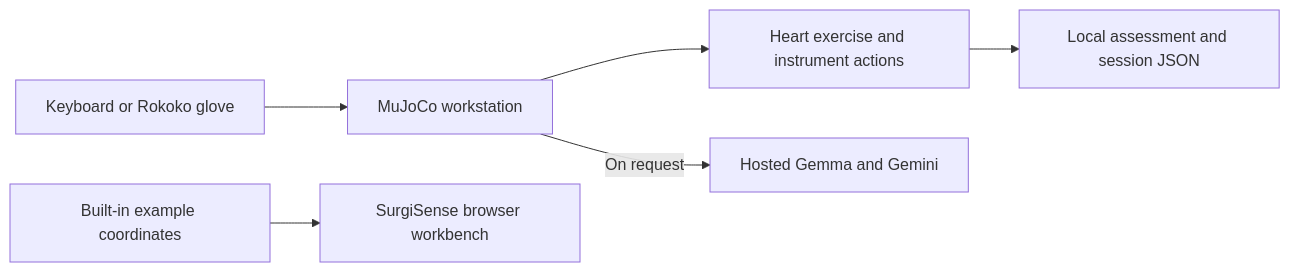
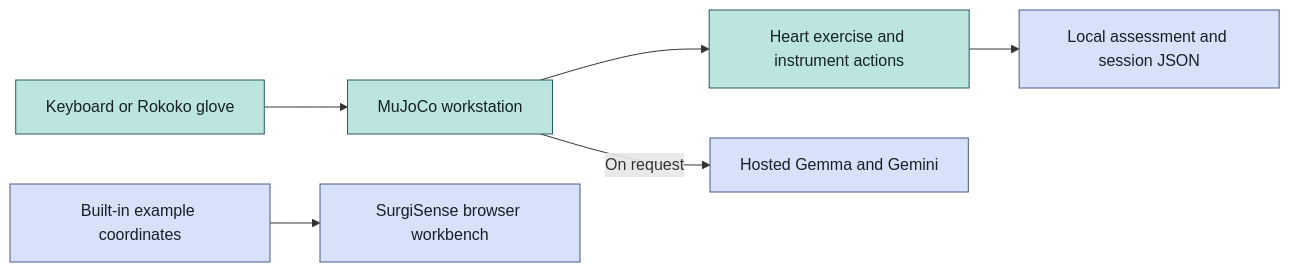
Before and after one commit to shiinalight/Anatomation: the diagram in README.md, drawn with Mermaid. The commit also changed other lines of this file, not shown here.

````diff
--- a/README.md
+++ b/README.md
@@ -70,8 +216,12 @@
 ```mermaid
 flowchart LR
     Input[Keyboard or Rokoko glove] --> Viewer[MuJoCo workstation]
     Viewer --> Exercise[Heart exercise and instrument actions]
     Exercise --> Review[Local assessment and session JSON]
     Viewer -->|On request| Coach[Hosted Gemma and Gemini]
     Sample[Built-in example coordinates] --> Web[SurgiSense browser workbench]
+    classDef simulator fill:#BCE5DF,stroke:#245C5A,color:#142126
+    classDef review fill:#D8E1FA,stroke:#485A83,color:#142126
+    class Input,Viewer,Exercise simulator
+    class Review,Coach,Sample,Web review
 ```
````
